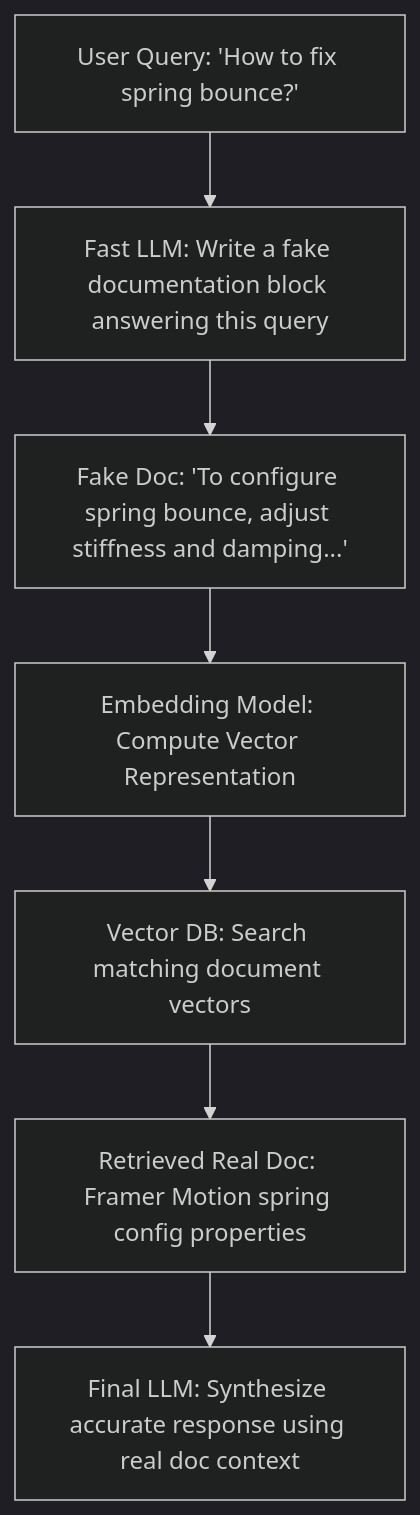
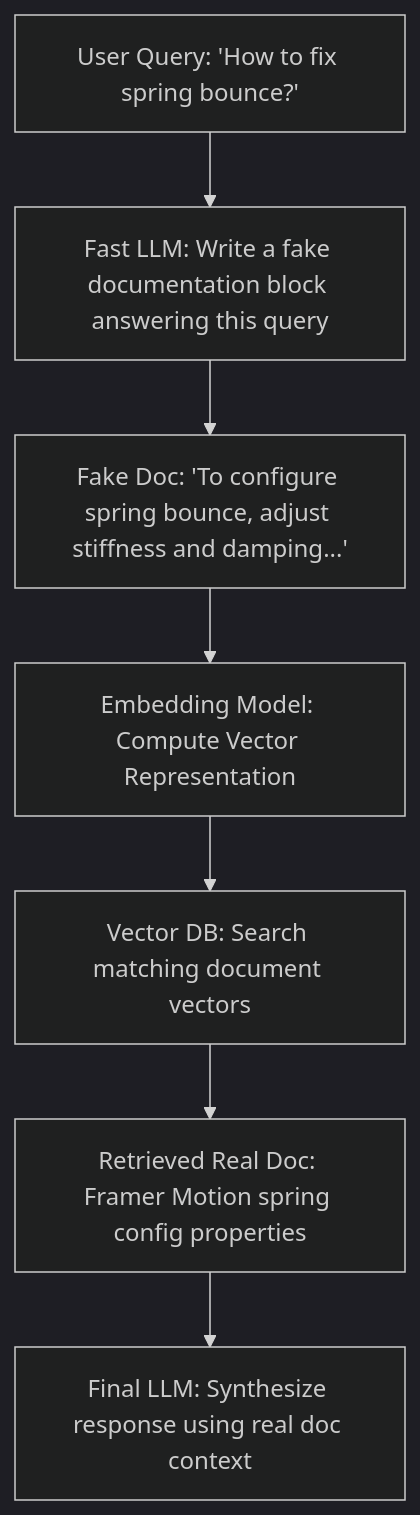
Before and after one commit to itishacodes/MindDump: the diagram in content/AI/My-LLM-Kept-Gaslighting-Me-So-I-Built-a-Fake-Document-Pipeline-to-Stop-It.md, drawn with Mermaid (dark theme). The commit also changed other lines of this file and 2 other files, not shown here.

````diff
--- a/content/AI/My-LLM-Kept-Gaslighting-Me-So-I-Built-a-Fake-Document-Pipeline-to-Stop-It.md
+++ b/content/AI/My-LLM-Kept-Gaslighting-Me-So-I-Built-a-Fake-Document-Pipeline-to-Stop-It.md
@@ -46,9 +44,9 @@
 ```mermaid
 graph TD
     A["User Query: 'How to fix spring bounce?'"] --> B["Fast LLM: Write a fake documentation block answering this query"]
     B --> C["Fake Doc: 'To configure spring bounce, adjust stiffness and damping...'"]
     C --> D["Embedding Model: Compute Vector Representation"]
     D --> E["Vector DB: Search matching document vectors"]
     E --> F["Retrieved Real Doc: Framer Motion spring config properties"]
-    F --> G["Final LLM: Synthesize accurate response using real doc context"]
+    F --> G["Final LLM: Synthesize response using real doc context"]
 ```
````
